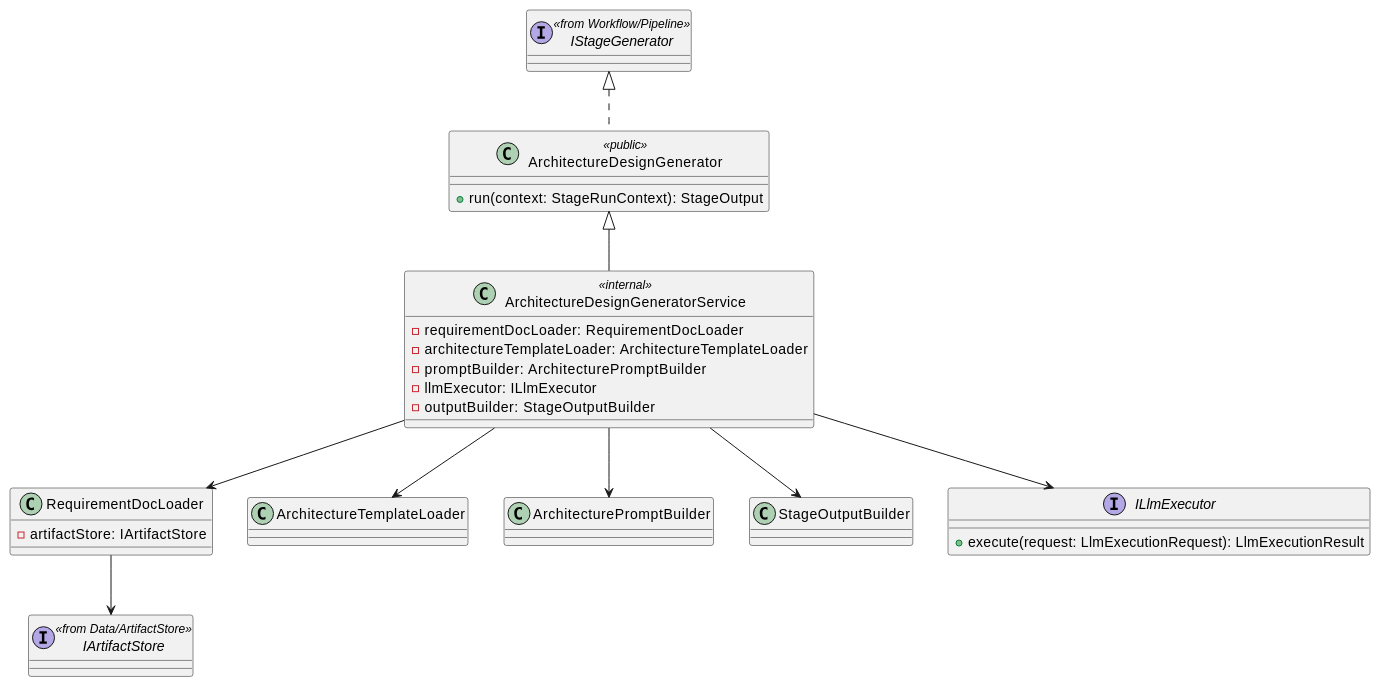
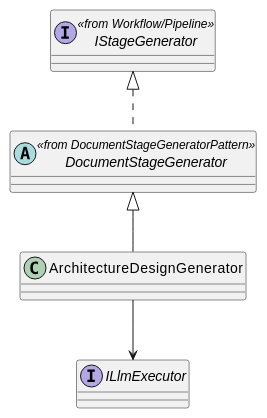
One commit to lucky-chen/ai_workflow_travel changed the first of 2 diagrams in meta_layer/docs/design_docs/Execution/ArchitectureDesignGenerator.md. Above: the diagram before and after it, drawn with PlantUML. The commit also changed other lines of this file and 12 other files, not shown here.

First line of the commit message:
[AI] gpt-5.4: align stage pipeline document io flow

````diff
--- a/meta_layer/docs/design_docs/Execution/ArchitectureDesignGenerator.md
+++ b/meta_layer/docs/design_docs/Execution/ArchitectureDesignGenerator.md
@@ -37,40 +38,13 @@
 ```plantuml
 @startuml
 interface IStageGenerator <<from Workflow/Pipeline>>
+interface ILlmExecutor
+abstract class DocumentStageGenerator <<from DocumentStageGeneratorPattern>>
 
-class ArchitectureDesignGenerator <<public>> {
-  +run(context: StageRunContext): StageOutput
-}
+class ArchitectureDesignGenerator
 
-class ArchitectureDesignGeneratorService <<internal>> {
-  -requirementDocLoader: RequirementDocLoader
-  -architectureTemplateLoader: ArchitectureTemplateLoader
-  -promptBuilder: ArchitecturePromptBuilder
-  -llmExecutor: ILlmExecutor
-  -outputBuilder: StageOutputBuilder
-}
-
-class RequirementDocLoader {
-  -artifactStore: IArtifactStore
-}
-
-class ArchitectureTemplateLoader
-class ArchitecturePromptBuilder
-class StageOutputBuilder
-
-interface ILlmExecutor {
-  +execute(request: LlmExecutionRequest): LlmExecutionResult
-}
-
-interface IArtifactStore <<from Data/ArtifactStore>>
-
-IStageGenerator <|.. ArchitectureDesignGenerator
-ArchitectureDesignGenerator <|-- ArchitectureDesignGeneratorService
-ArchitectureDesignGeneratorService --> RequirementDocLoader
-ArchitectureDesignGeneratorService --> ArchitectureTemplateLoader
-ArchitectureDesignGeneratorService --> ArchitecturePromptBuilder
-ArchitectureDesignGeneratorService --> ILlmExecutor
-ArchitectureDesignGeneratorService --> StageOutputBuilder
-RequirementDocLoader --> IArtifactStore
+IStageGenerator <|.. DocumentStageGenerator
+DocumentStageGenerator <|-- ArchitectureDesignGenerator
+ArchitectureDesignGenerator --> ILlmExecutor
 @enduml
 ```
````
